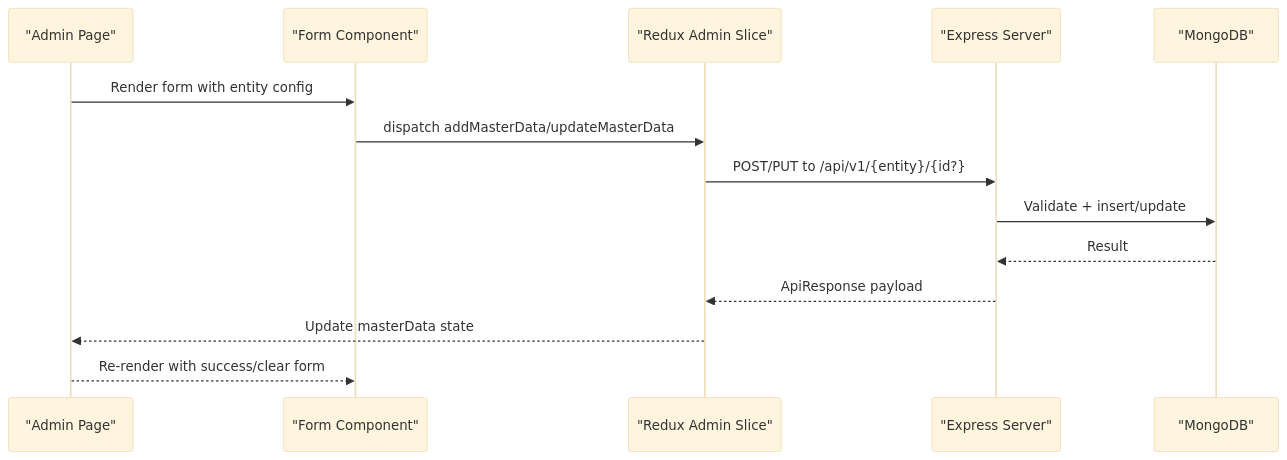
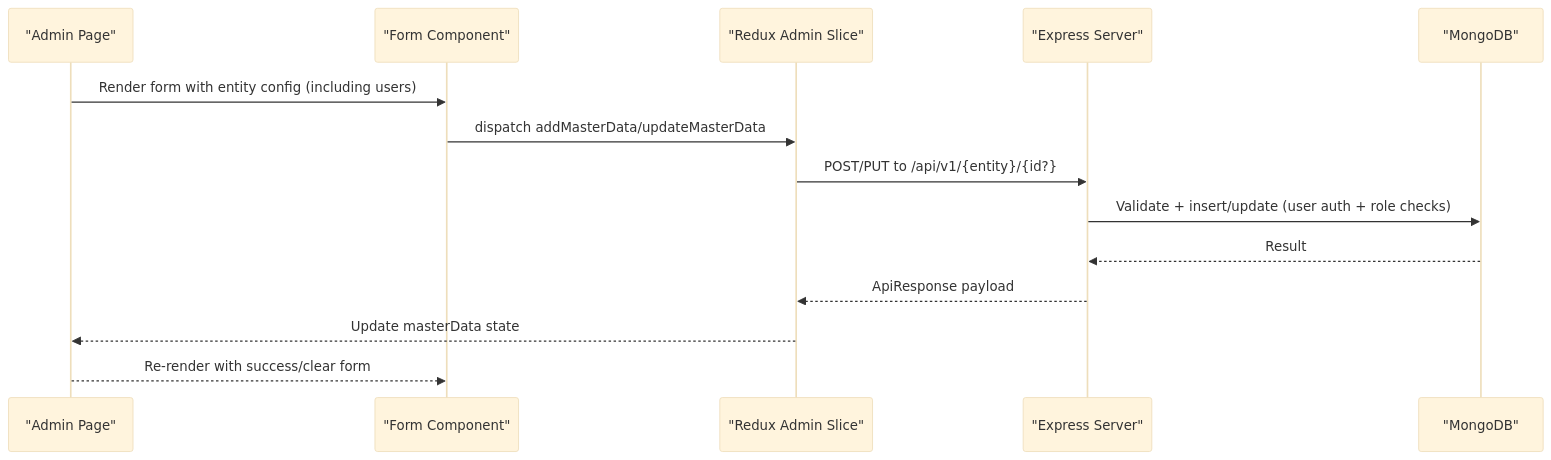
The second of 10 diagrams in .qoder/repowiki/en/content/Master Data Management/Master Data Management.md (Aryan9060/Timetable-Project), drawn with Mermaid (base theme) before and after one commit. The commit also changed other lines of this file and 8 other files, not shown here.

````diff
--- a/.qoder/repowiki/en/content/Master Data Management/Master Data Management.md
+++ b/.qoder/repowiki/en/content/Master Data Management/Master Data Management.md
@@ -121,16 +140,16 @@
 ```mermaid
 sequenceDiagram
 participant UI as "Admin Page"
 participant Form as "Form Component"
 participant Store as "Redux Admin Slice"
 participant API as "Express Server"
 participant DB as "MongoDB"
-UI->>Form : Render form with entity config
+UI->>Form : Render form with entity config (including users)
 Form->>Store : dispatch addMasterData/updateMasterData
 Store->>API : POST/PUT to /api/v1/{entity}/{id?}
-API->>DB : Validate + insert/update
+API->>DB : Validate + insert/update (user auth + role checks)
 DB-->>API : Result
 API-->>Store : ApiResponse payload
 Store-->>UI : Update masterData state
 UI-->>Form : Re-render with success/clear form
 ```
````
